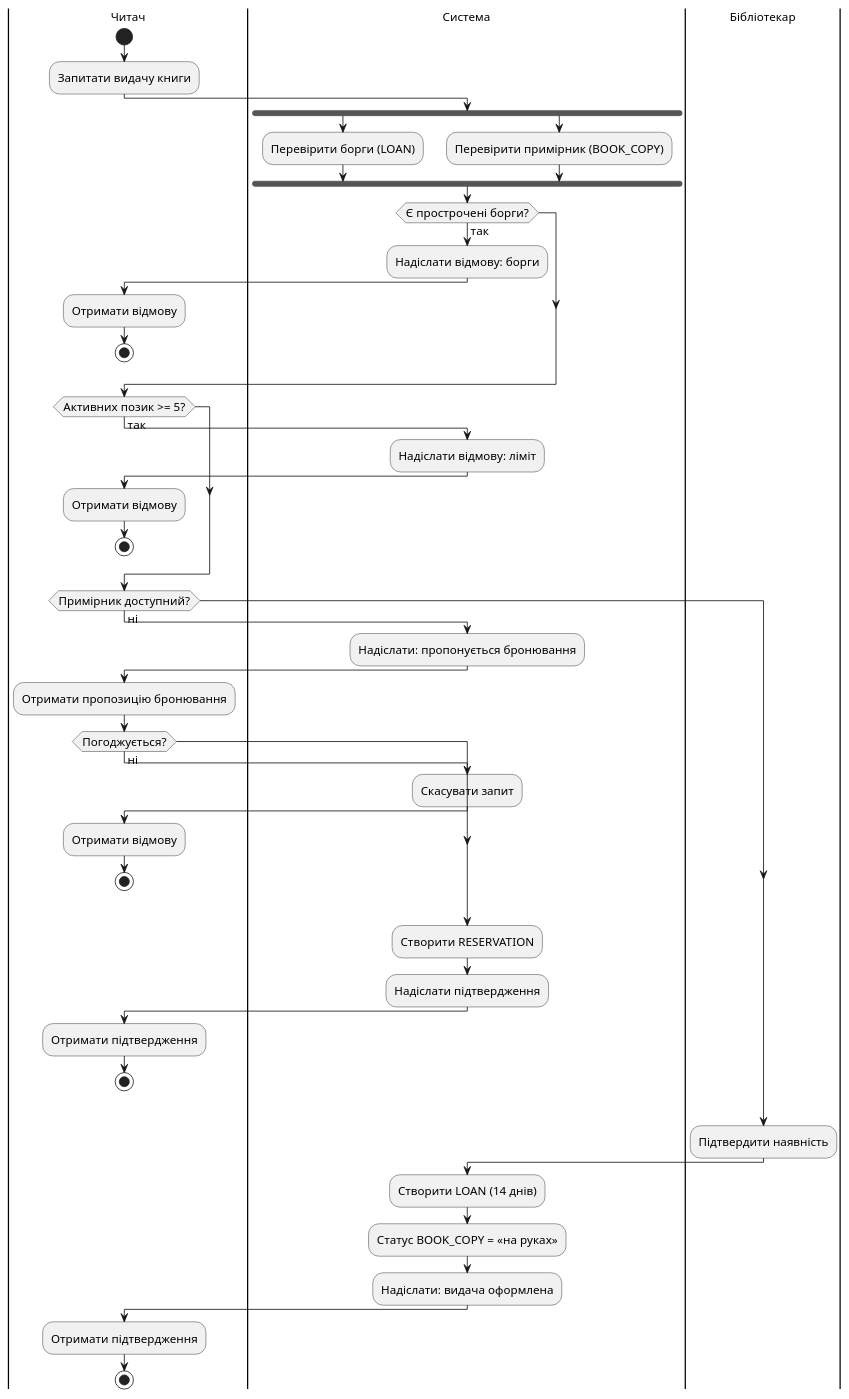
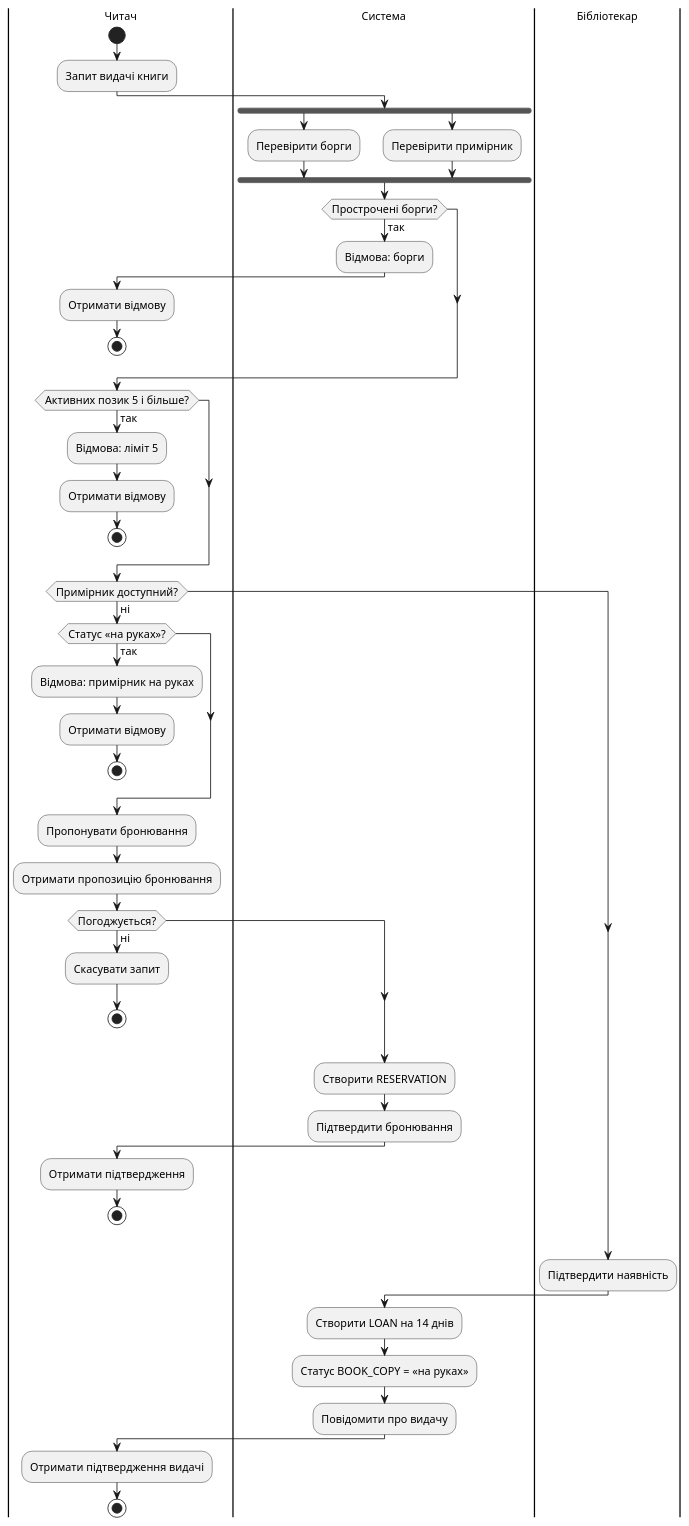
The diagram in task-4/activity.puml (veronikapaschenkor29-png/KPI), drawn with PlantUML before and after one commit. The commit also changed 2 other files, not shown here.

Commit message:
docs(task-4): readable activity diagram with PNG render
Ранні виходи замість вкладених else, коротші підписи; PNG-рендер.

```diff
--- a/task-4/activity.puml
+++ b/task-4/activity.puml
@@ -1,55 +1,54 @@
 @startuml activity-borrow
-skinparam defaultFontSize 14
-
+skinparam defaultFontSize 13
 |Читач|
 start
-:Запитати видачу книги;
+:Запит видачі книги;
 |Система|
 fork
-  :Перевірити борги (LOAN);
+  :Перевірити борги;
 fork again
-  :Перевірити примірник (BOOK_COPY);
+  :Перевірити примірник;
 end fork
-if (Є прострочені борги?) then (так)
-  |Система|
-  :Надіслати відмову: борги;
+if (Прострочені борги?) then (так)
+  :Відмова: борги;
   |Читач|
   :Отримати відмову;
   stop
 endif
-if (Активних позик >= 5?) then (так)
-  |Система|
-  :Надіслати відмову: ліміт;
+if (Активних позик 5 і більше?) then (так)
+  :Відмова: ліміт 5;
   |Читач|
   :Отримати відмову;
   stop
 endif
 if (Примірник доступний?) then (ні)
-  |Система|
-  :Надіслати: пропонується бронювання;
-  |Читач|
-  :Отримати пропозицію бронювання;
-  if (Погоджується?) then (ні)
-    |Система|
-    :Скасувати запит;
+  if (Статус «на руках»?) then (так)
+    :Відмова: примірник на руках;
     |Читач|
     :Отримати відмову;
     stop
   endif
+  :Пропонувати бронювання;
+  |Читач|
+  :Отримати пропозицію бронювання;
+  if (Погоджується?) then (ні)
+    :Скасувати запит;
+    stop
+  endif
   |Система|
   :Створити RESERVATION;
-  :Надіслати підтвердження;
+  :Підтвердити бронювання;
   |Читач|
   :Отримати підтвердження;
   stop
 endif
 |Бібліотекар|
 :Підтвердити наявність;
 |Система|
-:Створити LOAN (14 днів);
+:Створити LOAN на 14 днів;
 :Статус BOOK_COPY = «на руках»;
-:Надіслати: видача оформлена;
+:Повідомити про видачу;
 |Читач|
-:Отримати підтвердження;
+:Отримати підтвердження видачі;
 stop
 @enduml
```
